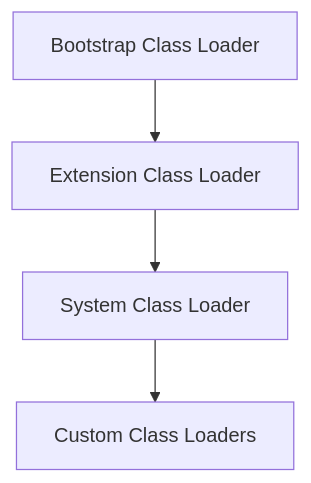
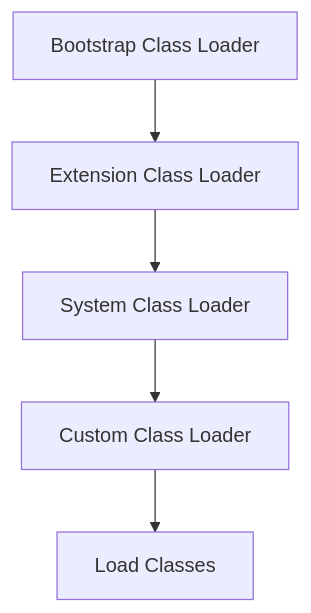
The diagram in jvm-internals-class-loading/README.md (VrushankPatel/interview-matters), drawn with Mermaid before and after one commit. The commit also changed other lines of this file and 4 other files, not shown here.

````diff
--- a/jvm-internals-class-loading/README.md
+++ b/jvm-internals-class-loading/README.md
@@ -51,6 +37,7 @@
 ```mermaid
 graph TD
     A[Bootstrap Class Loader] --> B[Extension Class Loader]
     B --> C[System Class Loader]
-    C --> D[Custom Class Loaders]
+    C --> D[Custom Class Loader]
+    D --> E[Load Classes]
 ```
````
